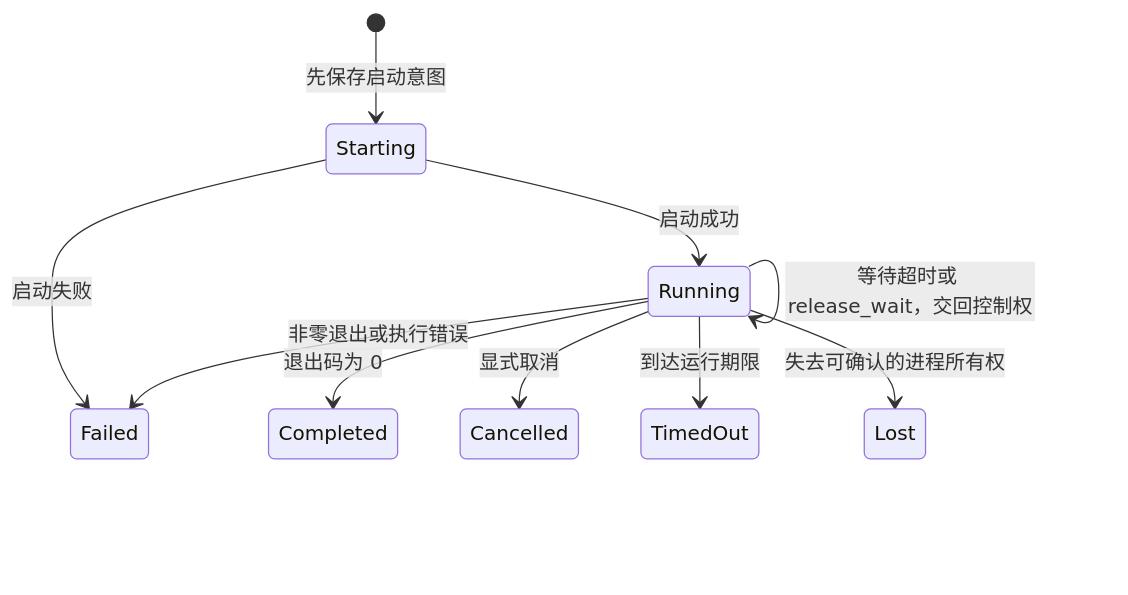
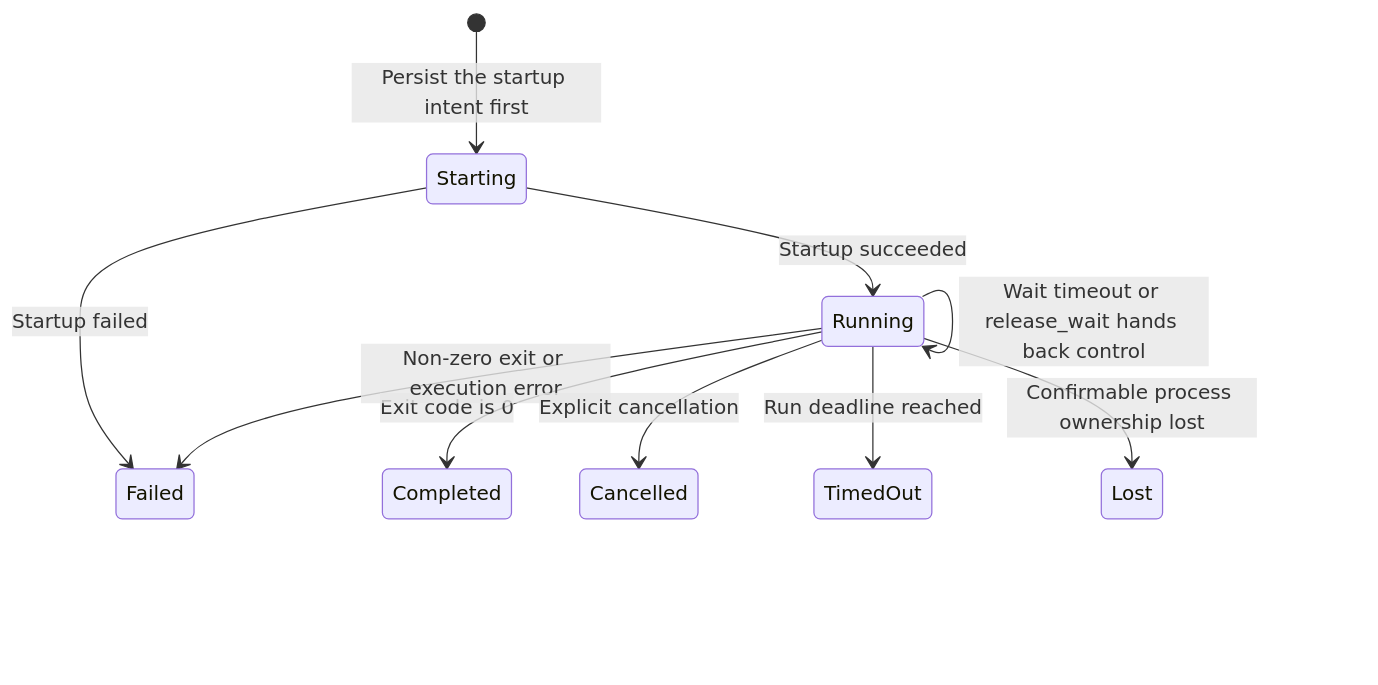
The diagram in docs/internals/05-autonomy/managed-tasks.md (Azzurroooo/rind), drawn with Mermaid before and after one commit. The commit also changed other lines of this file and 109 other files, not shown here.

```diff
--- a/docs/internals/05-autonomy/managed-tasks.md
+++ b/docs/internals/05-autonomy/managed-tasks.md
@@ -5,12 +7,12 @@
 ~~~mermaid
 stateDiagram-v2
-    [*] --> Starting: 先保存启动意图
-    Starting --> Running: 启动成功
-    Starting --> Failed: 启动失败
-    Running --> Running: 等待超时或 release_wait，交回控制权
-    Running --> Completed: 退出码为 0
-    Running --> Failed: 非零退出或执行错误
-    Running --> Cancelled: 显式取消
-    Running --> TimedOut: 到达运行期限
-    Running --> Lost: 失去可确认的进程所有权
+    [*] --> Starting: Persist the startup intent first
+    Starting --> Running: Startup succeeded
+    Starting --> Failed: Startup failed
+    Running --> Running: Wait timeout or release_wait hands back control
+    Running --> Completed: Exit code is 0
+    Running --> Failed: Non-zero exit or execution error
+    Running --> Cancelled: Explicit cancellation
+    Running --> TimedOut: Run deadline reached
+    Running --> Lost: Confirmable process ownership lost
 ~~~
```
